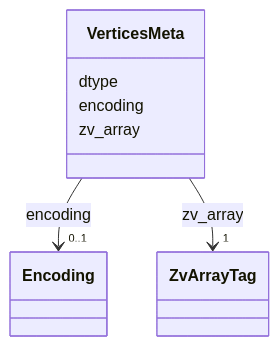
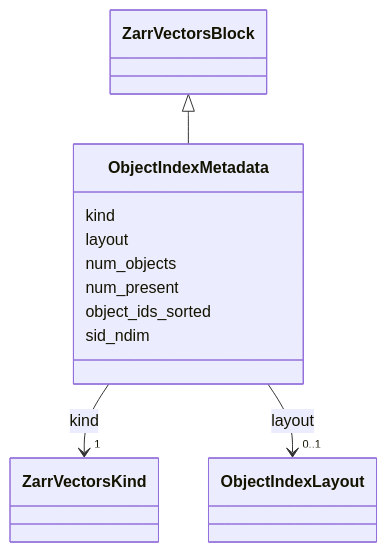
Diagram 21 of 35 in schema/reference.md (AllenInstitute/zarr-vectors-py), drawn with Mermaid before and after one commit. The commit also changed other lines of this file and 14 other files, not shown here.

First line of the commit message:
Replace the LinkML schema with the convention's model from zarr_vectors

````diff
--- a/schema/reference.md
+++ b/schema/reference.md
@@ -6657,30 +7086,39 @@
 ```mermaid
  classDiagram
-    class VerticesMeta
-    click VerticesMeta href "../VerticesMeta/"
-      VerticesMeta : dtype
-        
-      VerticesMeta : encoding
+    class ObjectIndexMetadata
+    click ObjectIndexMetadata href "../ObjectIndexMetadata/"
+      ZarrVectorsBlock <|-- ObjectIndexMetadata
+        click ZarrVectorsBlock href "../ZarrVectorsBlock/"
+      
+      ObjectIndexMetadata : kind
         
           
     
         
         
-        VerticesMeta --> "0..1" Encoding : encoding
-        click Encoding href "../Encoding/"
+        ObjectIndexMetadata --> "1" ZarrVectorsKind : kind
+        click ZarrVectorsKind href "../ZarrVectorsKind/"
     
 
         
-      VerticesMeta : zv_array
+      ObjectIndexMetadata : layout
         
           
     
         
         
-        VerticesMeta --> "1" ZvArrayTag : zv_array
-        click ZvArrayTag href "../ZvArrayTag/"
+        ObjectIndexMetadata --> "0..1" ObjectIndexLayout : layout
+        click ObjectIndexLayout href "../ObjectIndexLayout/"
     
 
         
+      ObjectIndexMetadata : num_objects
+        
+      ObjectIndexMetadata : num_present
+        
+      ObjectIndexMetadata : object_ids_sorted
+        
+      ObjectIndexMetadata : sid_ndim
+        
       
 ```
````
